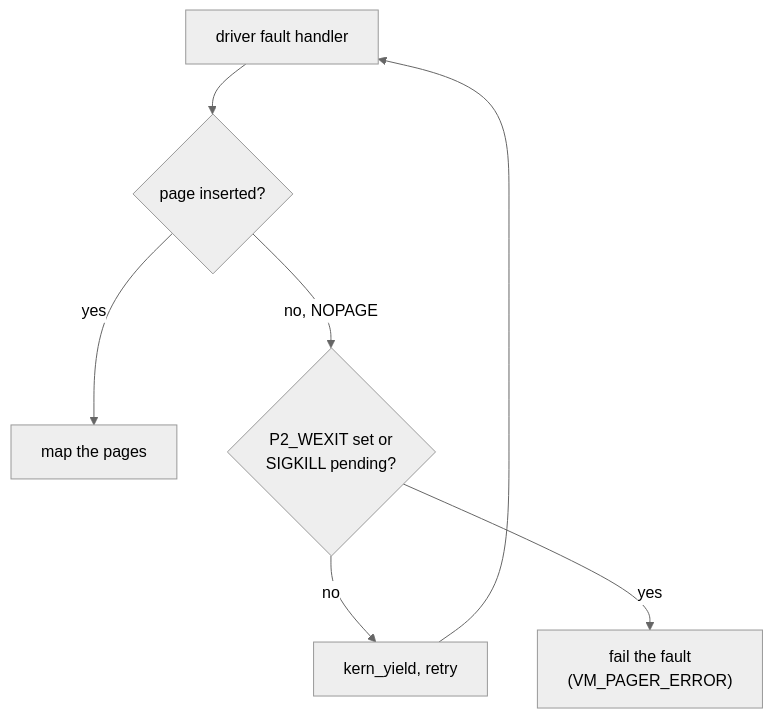
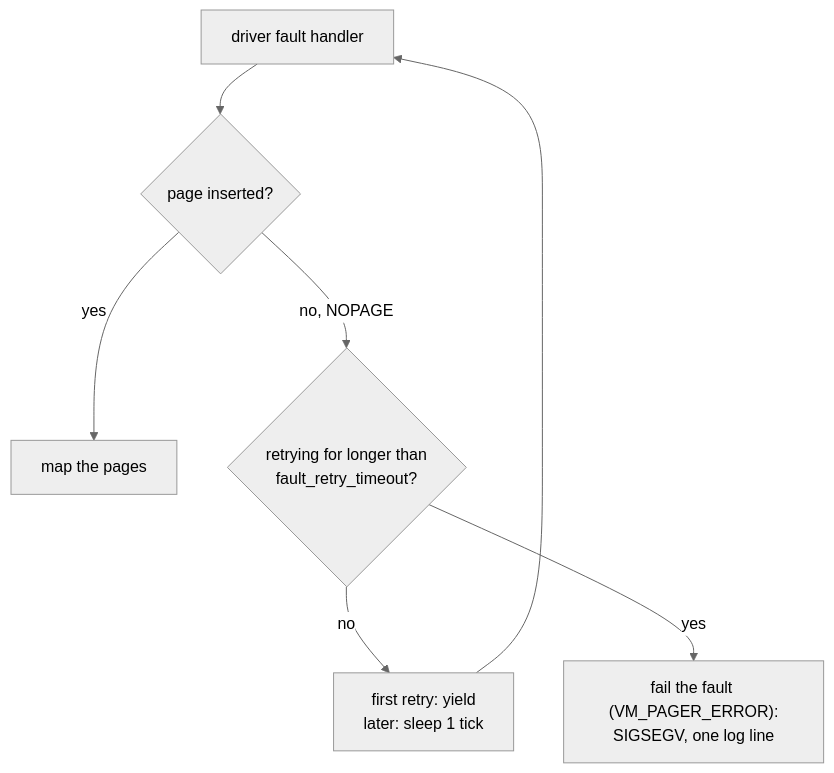
Before and after one commit to ocochard/myscripts: the diagram in FreeBSD/docs/linuxkpi_fault_killable.md, drawn with Mermaid (neutral theme). The commit also changed other lines of this file and 7 other files, not shown here.

First line of the commit message:
FreeBSD/docs: PR 131 becomes a time-bounded LinuxKPI fault retry

````diff
--- a/FreeBSD/docs/linuxkpi_fault_killable.md
+++ b/FreeBSD/docs/linuxkpi_fault_killable.md
@@ -130,8 +152,8 @@
 ```mermaid
 flowchart TD
     F["driver fault handler"] --> Q{"page inserted?"}
     Q -- yes --> OK["map the pages"]
-    Q -- "no, NOPAGE" --> D{"P2_WEXIT set or<br/>SIGKILL pending?"}
-    D -- no --> Y["kern_yield, retry"] --> F
-    D -- yes --> E["fail the fault<br/>(VM_PAGER_ERROR)"]
+    Q -- "no, NOPAGE" --> D{"retrying for longer than<br/>fault_retry_timeout?"}
+    D -- no --> Y["first retry: yield<br/>later: sleep 1 tick"] --> F
+    D -- yes --> E["fail the fault (VM_PAGER_ERROR):<br/>SIGSEGV, one log line"]
 ```
````
